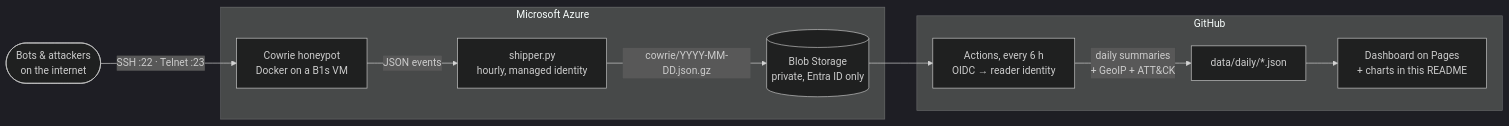
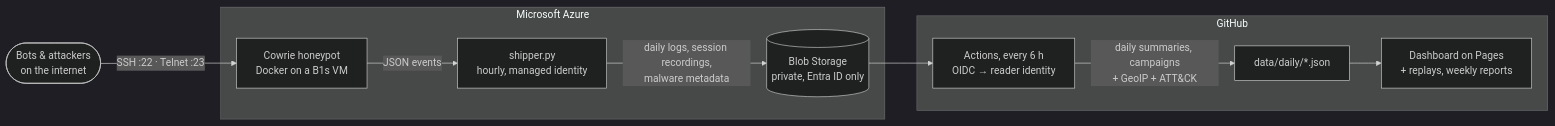
One commit to ondrej-cloud/azure-honeypot changed the diagram in README.md. Above: the diagram before and after it, drawn with Mermaid (dark theme). The commit also changed other lines of this file and 2 other files, not shown here.

Commit message:
Run intel and weekly reports in the workflow, document the new features

````diff
--- a/README.md
+++ b/README.md
@@ -55,13 +70,13 @@
 ```mermaid
 flowchart LR
     bots(["Bots & attackers<br>on the internet"]) -->|"SSH :22 · Telnet :23"| cowrie
     subgraph azure ["Microsoft Azure"]
         cowrie["Cowrie honeypot<br>Docker on a B1s VM"] -->|JSON events| shipper["shipper.py<br>hourly, managed identity"]
-        shipper -->|"cowrie/YYYY-MM-DD.json.gz"| blob[("Blob Storage<br>private, Entra ID only")]
+        shipper -->|"daily logs, session recordings,<br>malware metadata"| blob[("Blob Storage<br>private, Entra ID only")]
     end
     subgraph github ["GitHub"]
-        actions["Actions, every 6 h<br>OIDC → reader identity"] -->|"daily summaries<br>+ GeoIP + ATT&CK"| data["data/daily/*.json"]
-        data --> site["Dashboard on Pages<br>+ charts in this README"]
+        actions["Actions, every 6 h<br>OIDC → reader identity"] -->|"daily summaries, campaigns<br>+ GeoIP + ATT&CK"| data["data/daily/*.json"]
+        data --> site["Dashboard on Pages<br>+ replays, weekly reports"]
     end
     blob --> actions
 ```
````
